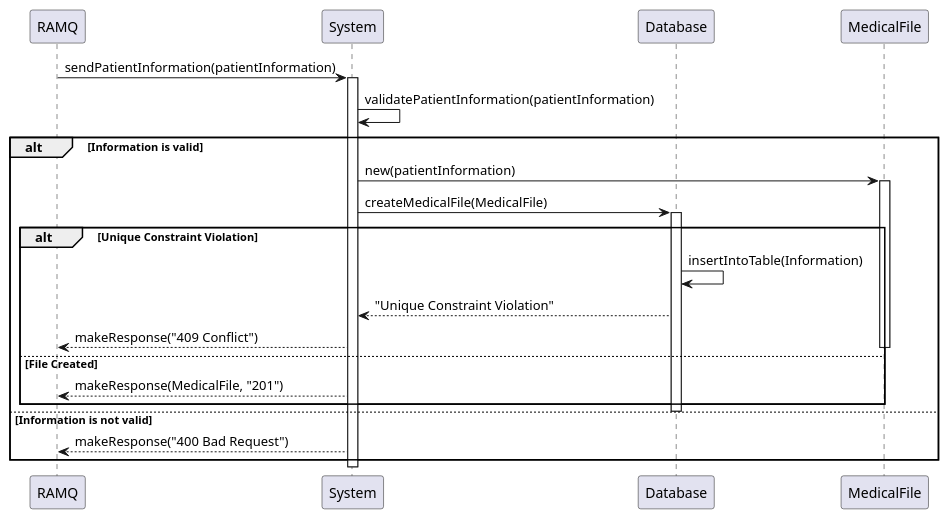
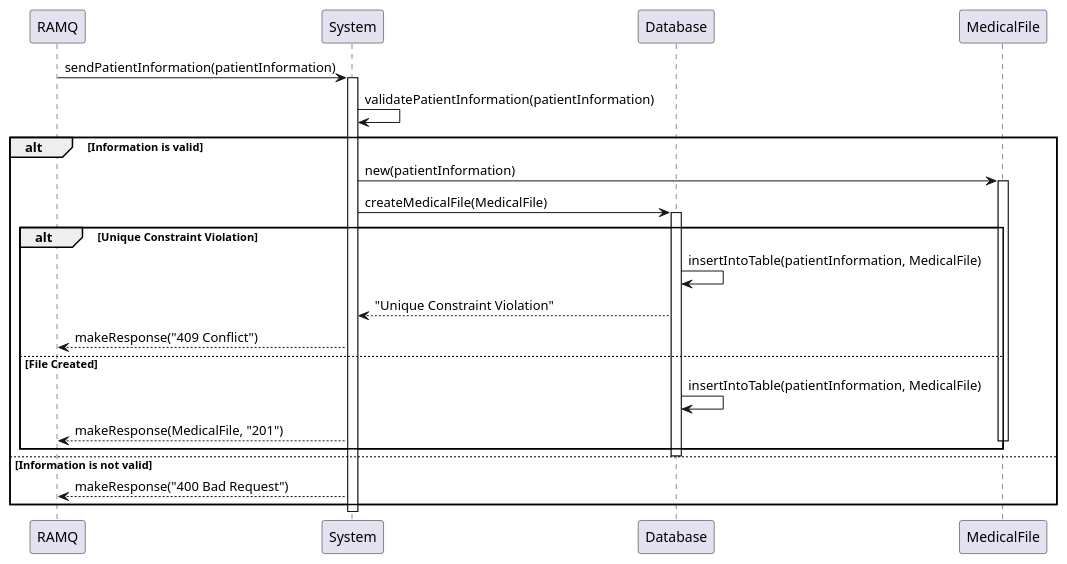
One commit to KevenJAntenor/Quebec-Centralized-Medical-Record-System changed the diagram in plantUml/sequence-create.puml. Above: the diagram before and after it, drawn with PlantUML. The commit also changed 3 other files, not shown here.

```diff
--- a/plantUml/sequence-create.puml
+++ b/plantUml/sequence-create.puml
@@ -1,31 +1,31 @@
 @startuml 
 
 participant "RAMQ" as RAMQ
 participant "System" as System
 participant "Database" as Database
 participant "MedicalFile" as MedFile
 
 RAMQ -> System: sendPatientInformation(patientInformation)
 activate System
 System -> System: validatePatientInformation(patientInformation)
 alt Information is valid
     System -> MedFile: new(patientInformation)
     activate MedFile
     System -> Database: createMedicalFile(MedicalFile)
     activate Database
     alt Unique Constraint Violation
-    Database -> Database: insertIntoTable(Information)
-
+        Database -> Database: insertIntoTable(patientInformation, MedicalFile)
         Database --> System: "Unique Constraint Violation"
         System --> RAMQ: makeResponse("409 Conflict")
     else File Created
+        Database -> Database: insertIntoTable(patientInformation, MedicalFile)
+        System --> RAMQ: makeResponse(MedicalFile, "201")
         deactivate MedFile
-        System --> RAMQ: makeResponse(MedicalFile, "201")
     end
     deactivate Database
 else Information is not valid
     System --> RAMQ: makeResponse("400 Bad Request")
 end
 deactivate System
 
 @enduml
```
